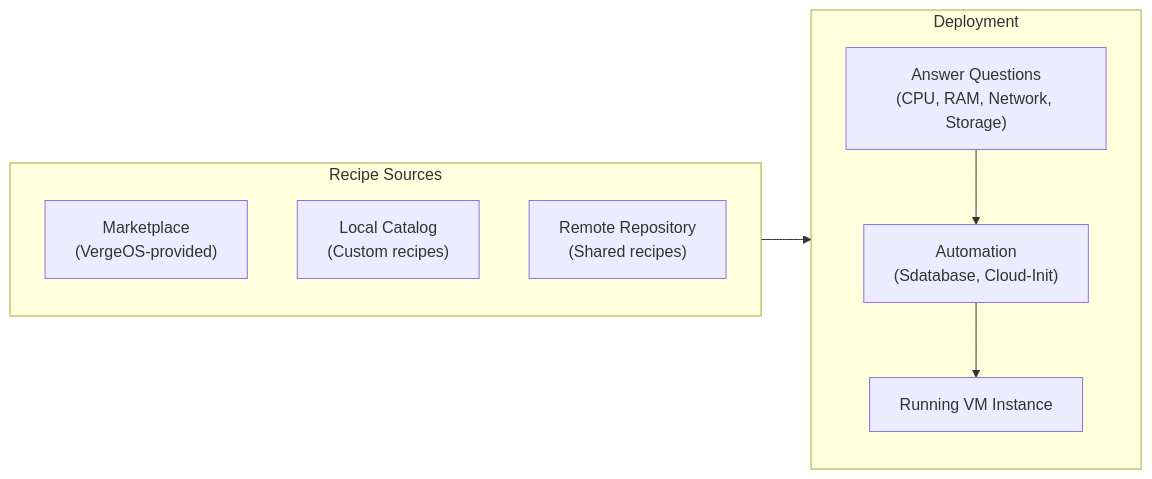
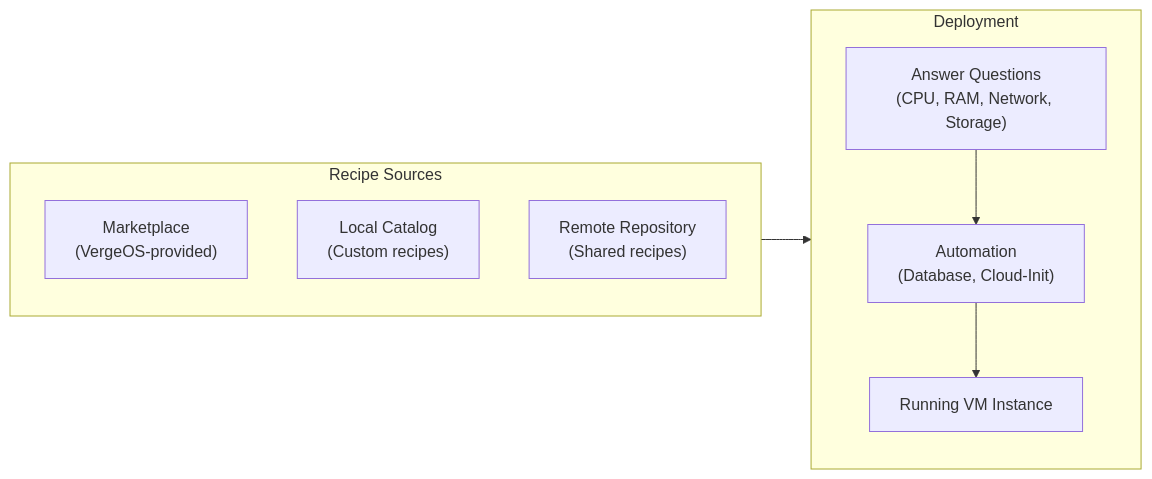
The first of 2 diagrams in learn/06-virtual-machines/02-recipes-marketplace.md (verge-io/docs-vergeos), drawn with Mermaid before and after one commit. The commit also changed other lines of this file and 2 other files, not shown here.

````diff
--- a/learn/06-virtual-machines/02-recipes-marketplace.md
+++ b/learn/06-virtual-machines/02-recipes-marketplace.md
@@ -11,18 +11,18 @@
 ```mermaid
 flowchart LR
     subgraph sources["Recipe Sources"]
         direction TB
         MP["Marketplace<br/>(VergeOS-provided)"]
         LOCAL["Local Catalog<br/>(Custom recipes)"]
         REMOTE["Remote Repository<br/>(Shared recipes)"]
     end
 
     subgraph deploy["Deployment"]
         direction TB
         Q["Answer Questions<br/>(CPU, RAM, Network, Storage)"]
-        AUTO["Automation<br/>(Sdatabase, Cloud-Init)"]
+        AUTO["Automation<br/>(Database, Cloud-Init)"]
         VM["Running VM Instance"]
     end
 
     sources --> Q --> AUTO --> VM
 ```
````
